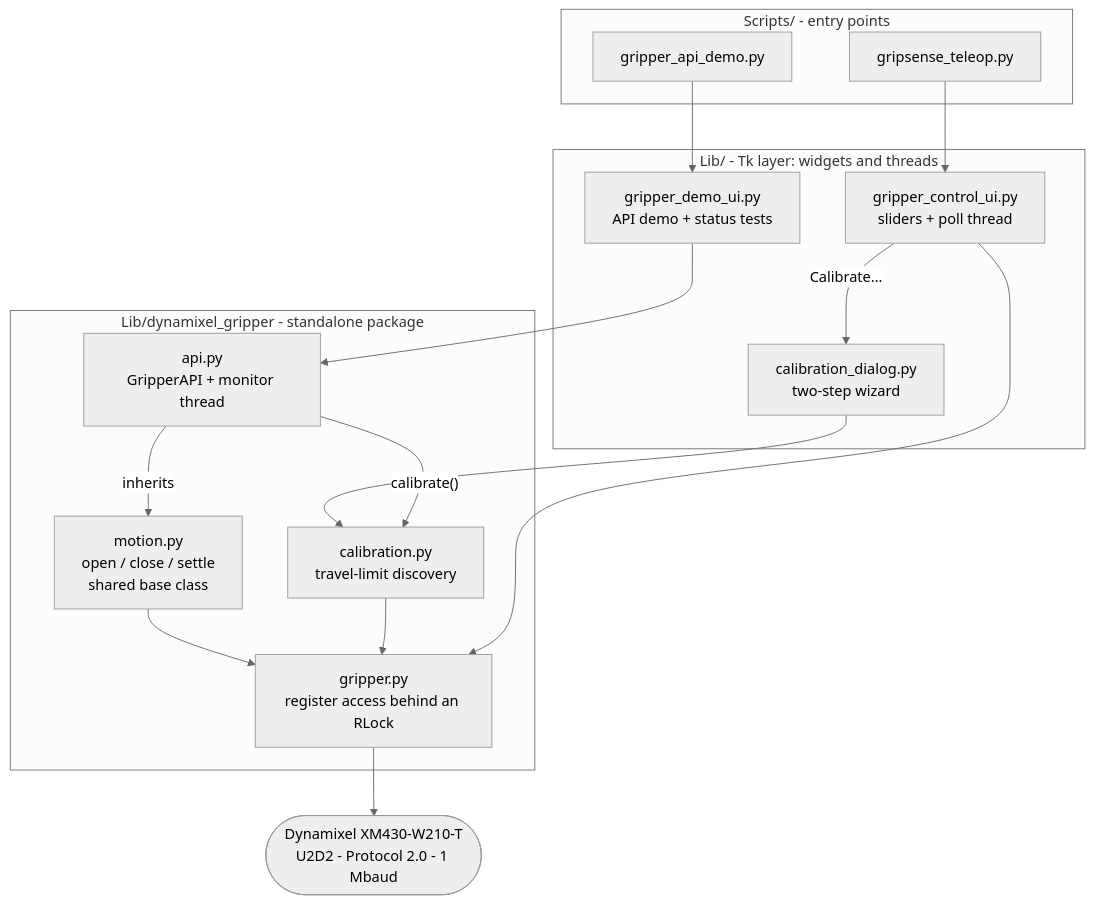
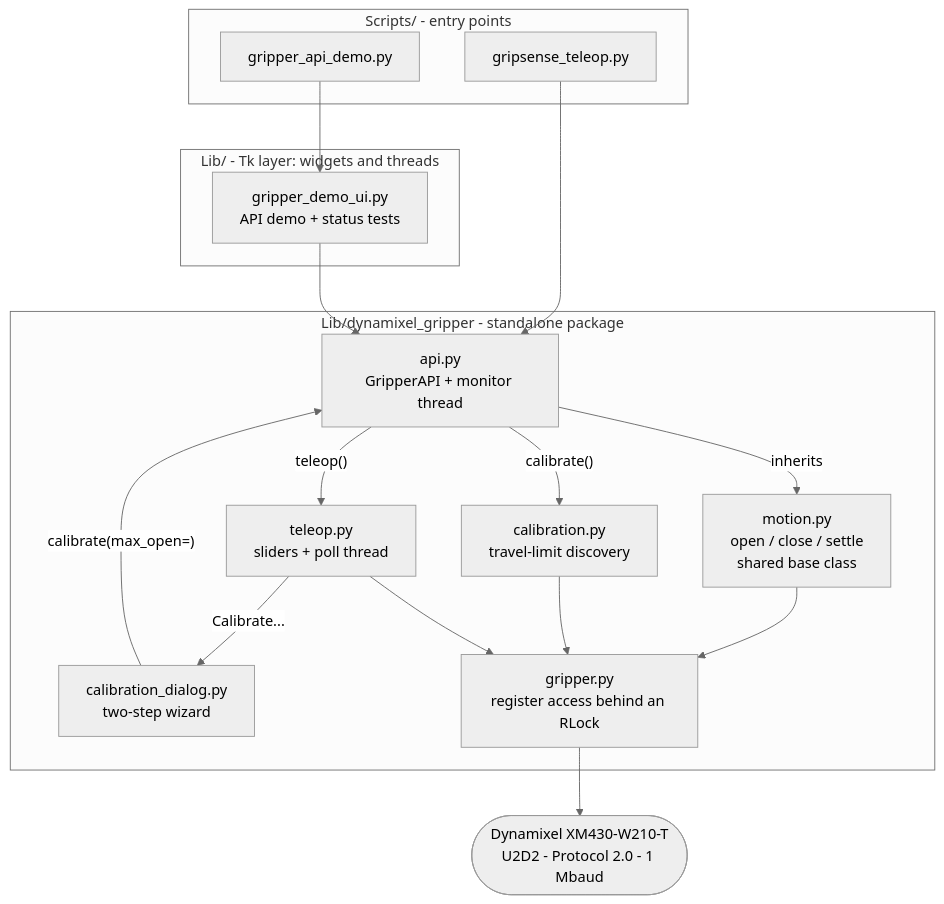
The first of 5 diagrams in README.md (MrRox1337/GripSense), drawn with Mermaid (neutral theme) before and after one commit. The commit also changed other lines of this file and 7 other files, not shown here.

````diff
--- a/README.md
+++ b/README.md
@@ -165,34 +173,35 @@
 ```mermaid
 flowchart TB
     subgraph SCRIPTS["Scripts/ - entry points"]
         CTRL["gripsense_teleop.py"]
         DEMO["gripper_api_demo.py"]
     end
 
     subgraph TK["Lib/ - Tk layer: widgets and threads"]
-        CONTROLUI["gripper_control_ui.py<br/>sliders + poll thread"]
-        CALIBUI["calibration_dialog.py<br/>two-step wizard"]
         DEMOUI["gripper_demo_ui.py<br/>API demo + status tests"]
     end
 
     subgraph PKG["Lib/dynamixel_gripper - standalone package"]
         API["api.py<br/>GripperAPI + monitor thread"]
+        TELEOP["teleop.py<br/>sliders + poll thread"]
+        CALIBUI["calibration_dialog.py<br/>two-step wizard"]
         CALIB["calibration.py<br/>travel-limit discovery"]
         MOTION["motion.py<br/>open / close / settle<br/>shared base class"]
         DRIVER["gripper.py<br/>register access behind an RLock"]
     end
 
     HW(["Dynamixel XM430-W210-T<br/>U2D2 - Protocol 2.0 - 1 Mbaud"])
 
-    CTRL --> CONTROLUI
+    CTRL --> API
     DEMO --> DEMOUI
     DEMOUI --> API
-    CONTROLUI -- "Calibrate..." --> CALIBUI
-    CALIBUI --> CALIB
+    API -- "teleop()" --> TELEOP
+    TELEOP -- "Calibrate..." --> CALIBUI
+    CALIBUI -- "calibrate(max_open=)" --> API
     API -- "inherits" --> MOTION
     API -- "calibrate()" --> CALIB
     MOTION --> DRIVER
     CALIB --> DRIVER
-    CONTROLUI --> DRIVER
+    TELEOP --> DRIVER
     DRIVER --> HW
 ```
````
